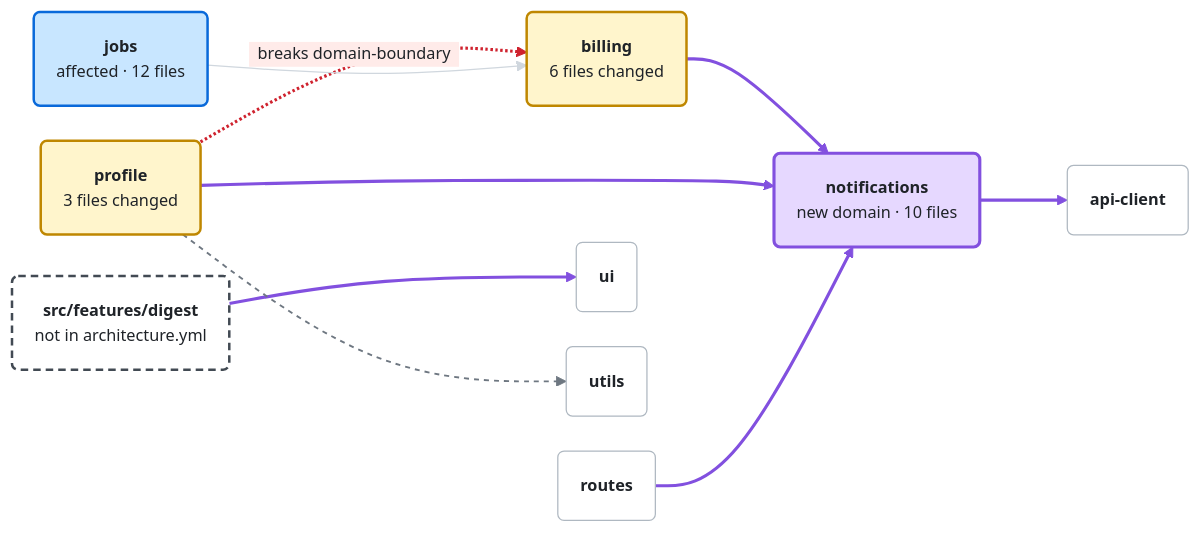
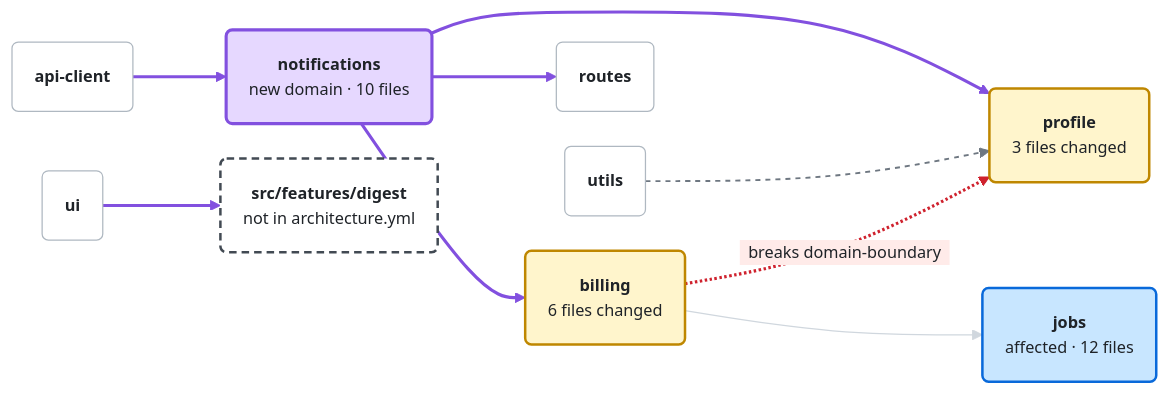
The diagram in docs/proposals/pr-map-examples/small.md (fredarcito/reins), drawn with Mermaid before and after one commit. The commit also changed other lines of this file and 8 other files, not shown here.

````diff
--- a/docs/proposals/pr-map-examples/small.md
+++ b/docs/proposals/pr-map-examples/small.md
@@ -11,37 +11,37 @@
 ```mermaid
 %%{init: {"theme": "base", "flowchart": {"curve": "basis", "padding": 18, "nodeSpacing": 28, "rankSpacing": 70}, "themeVariables": {"fontFamily": "-apple-system, BlinkMacSystemFont, Segoe UI, Helvetica, Arial, sans-serif", "fontSize": "13px", "primaryColor": "#ffffff", "primaryBorderColor": "#d0d7de", "primaryTextColor": "#1f2328", "lineColor": "#8c959f", "edgeLabelBackground": "#ffebe9", "textColor": "#1f2328"}}}%%
 flowchart LR
   n1("`**notifications**
   new domain · 10 files`"):::added
   n2("`**billing**
   6 files changed`"):::touched
   n3("`**profile**
   3 files changed`"):::touched
   n4("`**jobs**
   affected · 12 files`"):::affected
   n5("`**src/features/digest**
   not in architecture.yml`"):::nodomain
   n6("`**api-client**`")
   n7("`**routes**`")
   n8("`**ui**`")
   n9("`**utils**`")
 
-  n2 --> n1
-  n1 --> n6
-  n3 --> n1
-  n7 --> n1
-  n5 --> n8
-  n3 -.-> n9
-  n3 -. "#nbsp;#nbsp;breaks domain-boundary#nbsp;#nbsp;" .-> n2
-  n4 --> n2
+  n1 --> n2
+  n6 --> n1
+  n1 --> n3
+  n1 --> n7
+  n8 --> n5
+  n9 -.-> n3
+  n2 -. "#nbsp;#nbsp;breaks domain-boundary#nbsp;#nbsp;" .-> n3
+  n2 --> n4
 
   classDef default fill:#ffffff,stroke:#afb8c1,stroke-width:1px,color:#1f2328
   classDef touched fill:#fff5cc,stroke:#bf8700,stroke-width:2px,color:#1f2328
   classDef added fill:#e6d8ff,stroke:#8250df,stroke-width:2.5px,color:#1f2328
   classDef affected fill:#c8e6ff,stroke:#0969da,stroke-width:2px,color:#1f2328
   classDef nodomain fill:#ffffff,stroke:#424a53,stroke-width:2px,stroke-dasharray:6 4,color:#1f2328
   linkStyle 0,1,2,3,4 stroke:#8250df,stroke-width:2.5px
   linkStyle 5 stroke:#6e7781,stroke-width:1.5px,stroke-dasharray:4 4
   linkStyle 6 stroke:#cf222e,stroke-width:2.5px
   linkStyle 7 stroke:#d0d7de,stroke-width:1px
 ```
````
